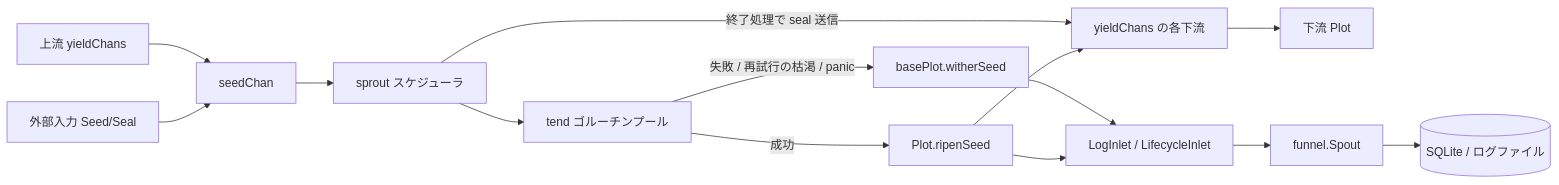
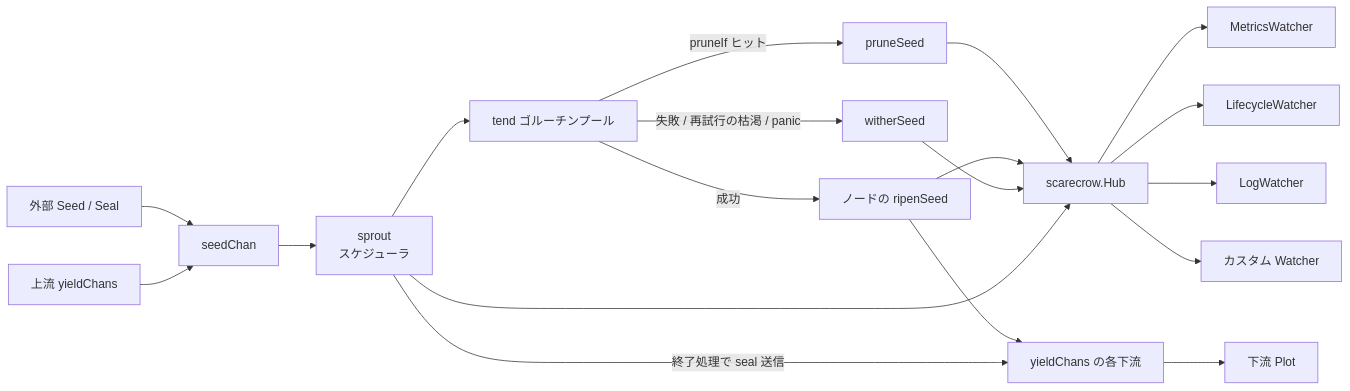
Before and after one commit to Mr-xiaotian/CelestialGrow: the first of 2 diagrams in docs/ja/pkg/plot/plot.md, drawn with Mermaid. The commit also changed other lines of this file and 103 other files, not shown here.

````diff
--- a/docs/ja/pkg/plot/plot.md
+++ b/docs/ja/pkg/plot/plot.md
@@ -79,16 +181,21 @@
 ```mermaid
 flowchart LR
-    Ext[外部入力 Seed/Seal] --> SC[seedChan]
+    Ext[外部 Seed / Seal] --> SC[seedChan]
     UP[上流 yieldChans] --> SC
-    SC --> SP[sprout スケジューラ]
+    SC --> SP[sprout<br/>スケジューラ]
     SP --> T[tend ゴルーチンプール]
-    T -->|成功| R[Plot.ripenSeed]
-    T -->|失敗 / 再試行の枯渇 / panic| W[basePlot.witherSeed]
+    T -->|pruneIf ヒット| PR[pruneSeed]
+    T -->|成功| R[ノードの ripenSeed]
+    T -->|失敗 / 再試行の枯渇 / panic| W[witherSeed]
     R --> FC[yieldChans の各下流]
-    R --> LI[LogInlet / LifecycleInlet]
-    W --> LI
     SP -->|終了処理で seal 送信| FC
     FC --> DP[下流 Plot]
-    LI --> FUN[funnel.Spout]
-    FUN --> DB[(SQLite / ログファイル)]
+    PR --> HUB[scarecrow.Hub]
+    R --> HUB
+    W --> HUB
+    SP --> HUB
+    HUB --> W1[MetricsWatcher]
+    HUB --> W2[LifecycleWatcher]
+    HUB --> W3[LogWatcher]
+    HUB --> W4[カスタム Watcher]
 ```
````
